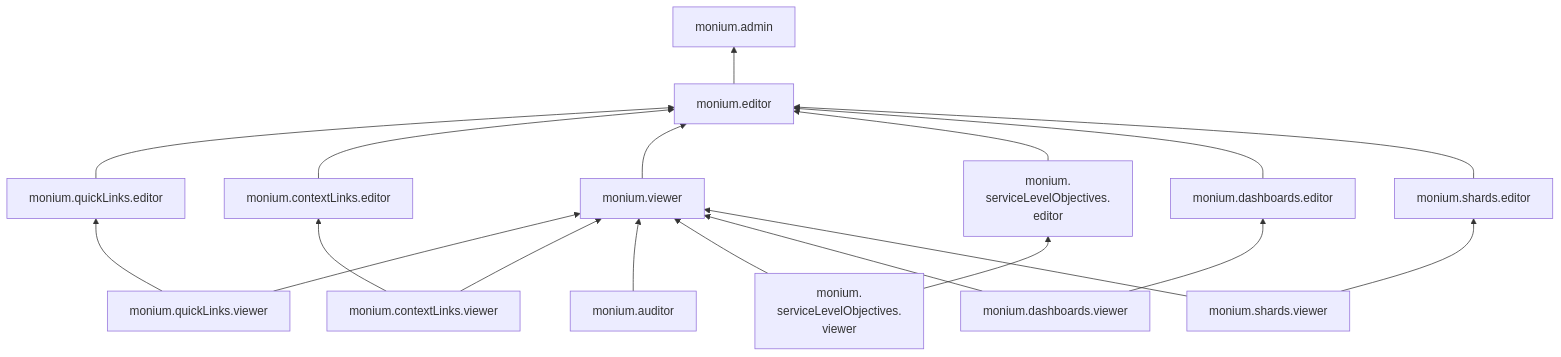
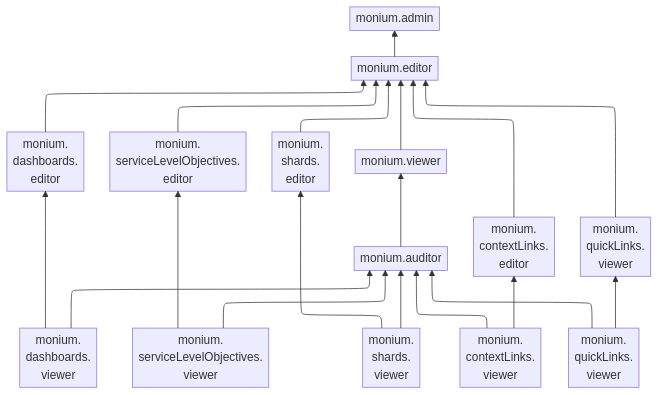
One commit to yandex-cloud/docs changed the diagram in en/_mermaid/roles/monium-dashboards.md. Above: the diagram before and after it, drawn with Mermaid. The commit also changed 329 other files, not shown here.

````diff
--- a/en/_mermaid/roles/monium-dashboards.md
+++ b/en/_mermaid/roles/monium-dashboards.md
@@ -1,21 +1,23 @@
 ```mermaid
+%%{init: {"flowchart": {'defaultRenderer': 'elk', 'padding': 4}} }%%
 flowchart BT
-    monium.editor --> monium.admin
-    monium.quickLinks.viewer --> monium.quickLinks.editor
-    monium.quickLinks.viewer --> monium.viewer
-    monium.contextLinks.viewer --> monium.contextLinks.editor
-    monium.contextLinks.viewer --> monium.viewer
-    monium.auditor --> monium.viewer
-    monium.serviceLevelObjectives.viewer["monium.<br>serviceLevelObjectives.<br>viewer"] --> monium.viewer
+    monium.dashboards.viewer --> monium.auditor
+    monium.dashboards.viewer["monium.<br>dashboards.<br>viewer"] --> monium.dashboards.editor["monium.<br>dashboards.<br>editor"] --> monium.editor
+
+    monium.serviceLevelObjectives.viewer["monium.<br>serviceLevelObjectives.<br>viewer"] --> monium.auditor
     monium.serviceLevelObjectives.viewer["monium.<br>serviceLevelObjectives.<br>viewer"] --> monium.serviceLevelObjectives.editor["monium.<br>serviceLevelObjectives.<br>editor"]
-    monium.dashboards.viewer --> monium.viewer
-    monium.dashboards.viewer --> monium.dashboards.editor
-    monium.shards.viewer --> monium.viewer  
-    monium.shards.viewer --> monium.shards.editor
+    monium.serviceLevelObjectives.editor["monium.<br>serviceLevelObjectives.<br>editor"] --> monium.editor
+
+    monium.shards.viewer --> monium.auditor  
+    monium.shards.viewer["monium.<br>shards.<br>viewer"] --> monium.shards.editor["monium.<br>shards.<br>editor"] --> monium.editor
+
+    monium.auditor --> monium.viewer --> monium.editor --> monium.admin
+    
+    monium.contextLinks.editor --> monium.editor
+    monium.contextLinks.viewer["monium.<br>contextLinks.<br>viewer"] --> monium.contextLinks.editor["monium.<br>contextLinks.<br>editor"]
+    monium.contextLinks.viewer --> monium.auditor
+
+    monium.quickLinks.viewer["monium.<br>quickLinks.<br>viewer"] --> monium.quickLinks.editor["monium.<br>quickLinks.<br>viewer"]
+    monium.quickLinks.viewer --> monium.auditor
     monium.quickLinks.editor --> monium.editor
-    monium.contextLinks.editor --> monium.editor
-    monium.viewer --> monium.editor
-    monium.serviceLevelObjectives.editor["monium.<br>serviceLevelObjectives.<br>editor"] --> monium.editor
-    monium.dashboards.editor --> monium.editor
-    monium.shards.editor --> monium.editor
 ```
````
